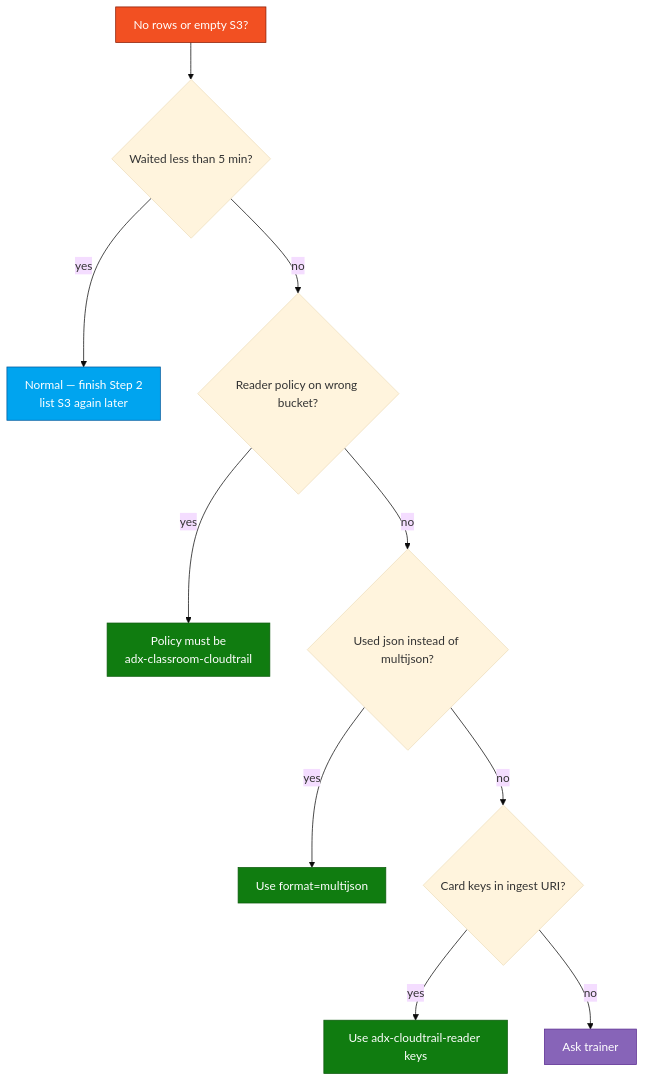
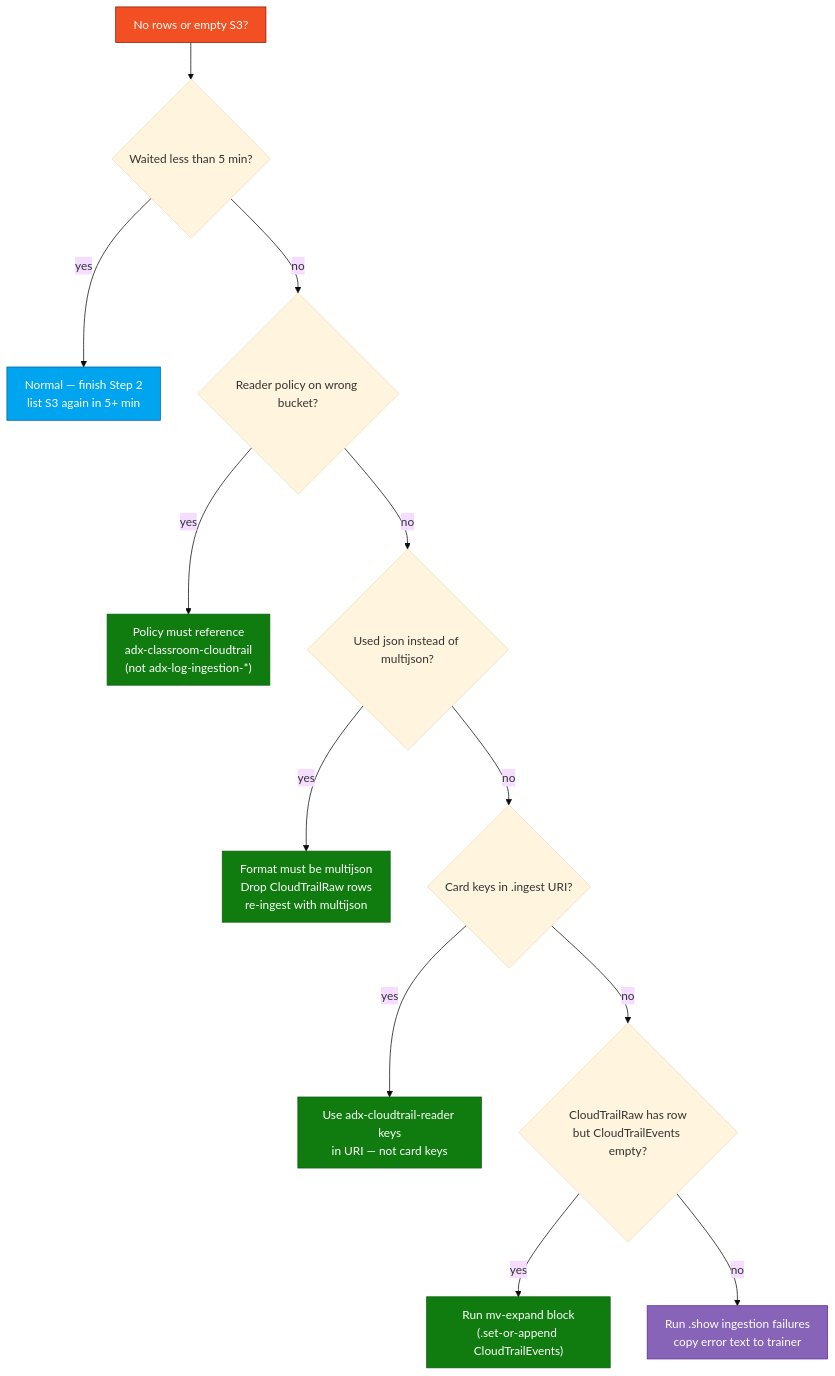
The fourth of 4 diagrams in Module_02_AWS_CloudTrail/02_CloudTrail_to_ADX_Lab.md (atingupta2005/adx-aws-training-aug-26), drawn with Mermaid before and after one commit. The commit also changed other lines of this file and 6 other files, not shown here.

````diff
--- a/Module_02_AWS_CloudTrail/02_CloudTrail_to_ADX_Lab.md
+++ b/Module_02_AWS_CloudTrail/02_CloudTrail_to_ADX_Lab.md
@@ -166,19 +501,22 @@
 ```mermaid
 %%{init: {"theme":"base","flowchart":{"htmlLabels":true,"padding":12}}}%%
 flowchart TD
   START["No rows or empty S3?"] --> Q1{"Waited less than 5 min?"}
-  Q1 -->|yes| FIX1["Normal — finish Step 2<br/>list S3 again later"]
+  Q1 -->|yes| FIX1["Normal — finish Step 2<br/>list S3 again in 5+ min"]
   Q1 -->|no| Q2{"Reader policy on wrong bucket?"}
-  Q2 -->|yes| FIX2["Policy must be<br/>adx-classroom-cloudtrail"]
+  Q2 -->|yes| FIX2["Policy must reference<br/>adx-classroom-cloudtrail<br/>(not adx-log-ingestion-*)"]
   Q2 -->|no| Q3{"Used json instead of multijson?"}
-  Q3 -->|yes| FIX3["Use format=multijson"]
-  Q3 -->|no| Q4{"Card keys in ingest URI?"}
-  Q4 -->|yes| FIX4["Use adx-cloudtrail-reader keys"]
-  Q4 -->|no| HELP["Ask trainer"]
+  Q3 -->|yes| FIX3["Format must be multijson<br/>Drop CloudTrailRaw rows<br/>re-ingest with multijson"]
+  Q3 -->|no| Q4{"Card keys in .ingest URI?"}
+  Q4 -->|yes| FIX4["Use adx-cloudtrail-reader keys<br/>in URI — not card keys"]
+  Q4 -->|no| Q5{"CloudTrailRaw has row<br/>but CloudTrailEvents empty?"}
+  Q5 -->|yes| FIX5["Run mv-expand block<br/>(.set-or-append CloudTrailEvents)"]
+  Q5 -->|no| HELP["Run .show ingestion failures<br/>copy error text to trainer"]
   style START fill:#F25022,stroke:#8B1A00,color:#fff
   style FIX1 fill:#00A4EF,stroke:#005A9E,color:#fff
   style FIX2 fill:#107C10,stroke:#0B5A0B,color:#fff
   style FIX3 fill:#107C10,stroke:#0B5A0B,color:#fff
   style FIX4 fill:#107C10,stroke:#0B5A0B,color:#fff
+  style FIX5 fill:#107C10,stroke:#0B5A0B,color:#fff
   style HELP fill:#8764B8,stroke:#5C2D91,color:#fff
 ```
````
